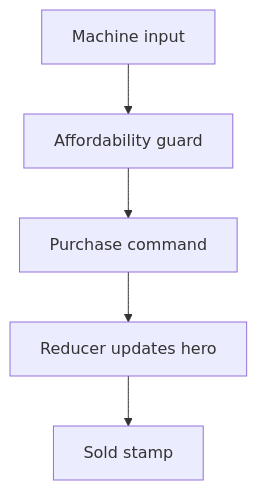
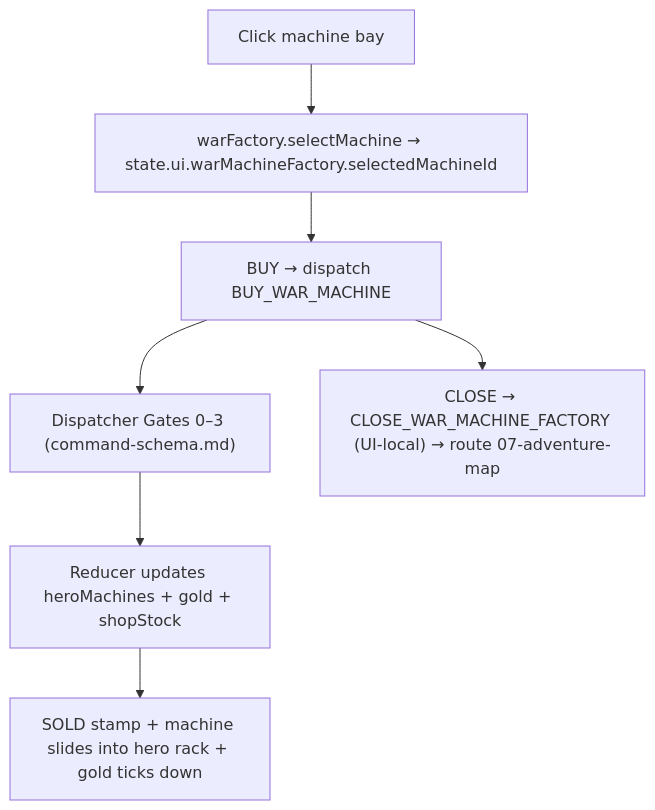
The third of 5 diagrams in docs/architecture/wiki/screens/14-war-machine-factory/architecture.md (SunaNoOshiro/Heroes_Reforged_AI_Realms), drawn with Mermaid before and after one commit. The commit also changed other lines of this file and 518 other files, not shown here.

First line of the commit message:
Add doc-audit skill and sweep architecture/screen docs

````diff
--- a/docs/architecture/wiki/screens/14-war-machine-factory/architecture.md
+++ b/docs/architecture/wiki/screens/14-war-machine-factory/architecture.md
@@ -42,8 +51,10 @@
 ```mermaid
 flowchart TD
-  I0["Machine input"] --> I1
-  I1["Affordability guard"] --> I2
-  I2["Purchase command"] --> I3
-  I3["Reducer updates hero"] --> I4
-  I4["Sold stamp"]
+  I0["Click machine bay"] --> I1
+  I1["warFactory.selectMachine → state.ui.warMachineFactory.selectedMachineId"] --> I2
+  I2["BUY → dispatch BUY_WAR_MACHINE"] --> I3
+  I3["Dispatcher Gates 0–3 (command-schema.md)"] --> I4
+  I4["Reducer updates heroMachines + gold + shopStock"] --> I5
+  I5["SOLD stamp + machine slides into hero rack + gold ticks down"]
+  I2 --> I6["CLOSE → CLOSE_WAR_MACHINE_FACTORY (UI-local) → route 07-adventure-map"]
 ```
````
